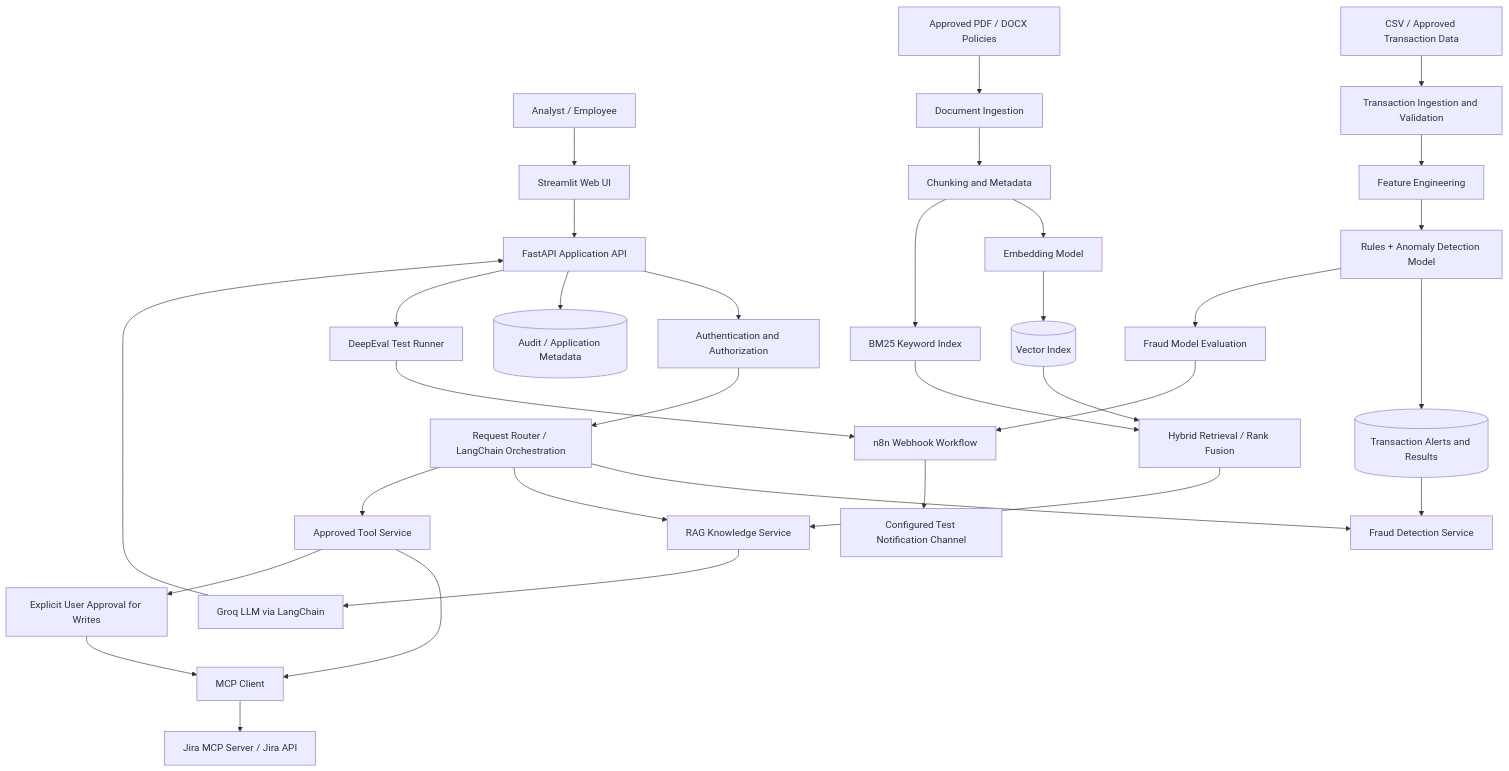
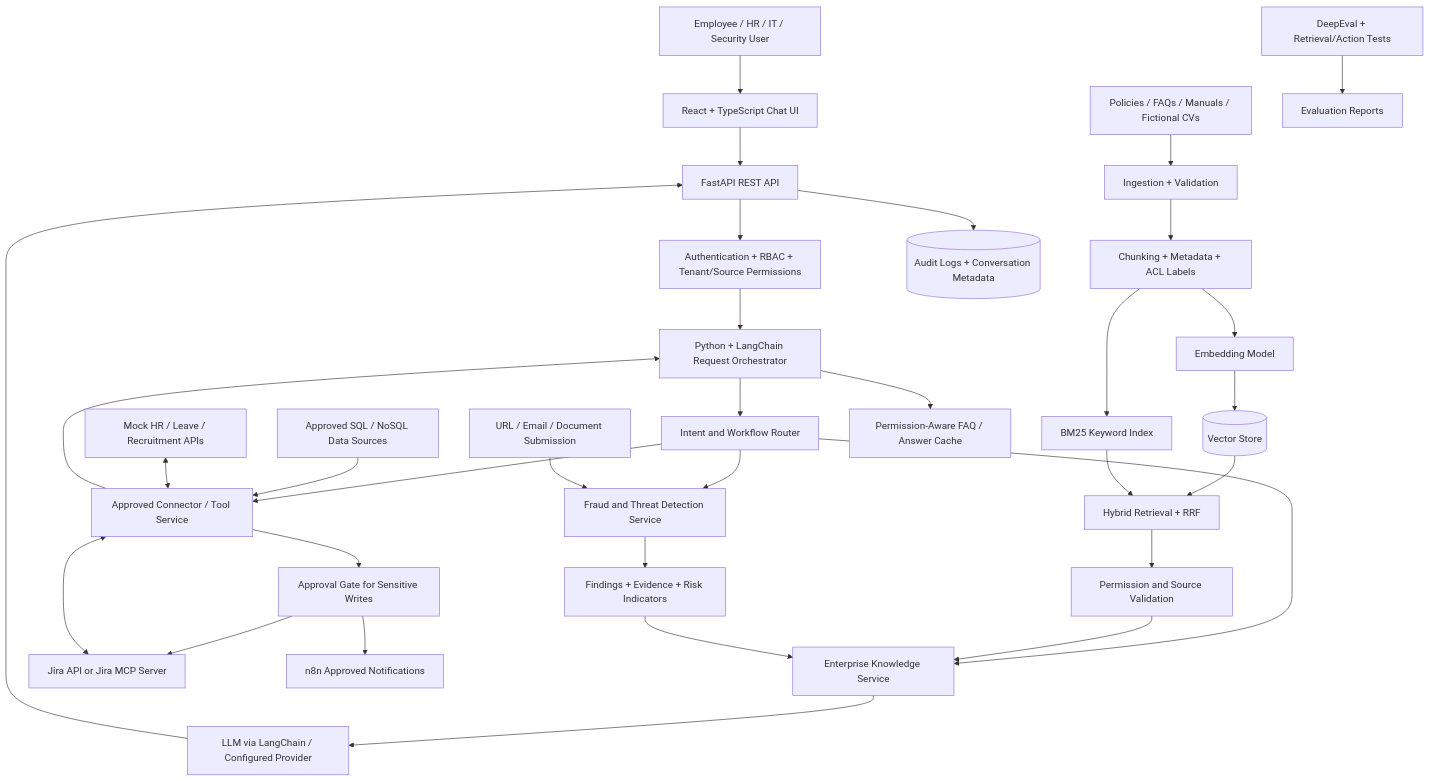
One commit to Indsafri-AI-Engineering/knowledgeops-ai changed the diagram in README.md. Above: the diagram before and after it, drawn with Mermaid. The commit also changed other lines of this file, not shown here.

````diff
--- a/README.md
+++ b/README.md
@@ -73,40 +247,40 @@
-```mermaid
+``` mermaid
 flowchart TD
-    U[Analyst / Employee] --> UI[Streamlit Web UI]
-    UI --> API[FastAPI Application API]
-    API --> AUTH[Authentication and Authorization]
-    AUTH --> ROUTER[Request Router / LangChain Orchestration]
+    USER[Employee / HR / IT / Security User] --> UI[React + TypeScript Chat UI]
+    UI --> API[FastAPI REST API]
+    API --> AUTH[Authentication + RBAC + Tenant/Source Permissions]
+    AUTH --> ORCH[Python + LangChain Request Orchestrator]
 
-    ROUTER --> FRAUD[Fraud Detection Service]
-    ROUTER --> RAG[RAG Knowledge Service]
-    ROUTER --> TOOLS[Approved Tool Service]
+    ORCH --> ROUTER[Intent and Workflow Router]
+    ROUTER --> KNOW[Enterprise Knowledge Service]
+    ROUTER --> CONNECT[Approved Connector / Tool Service]
+    ROUTER --> THREAT[Fraud and Threat Detection Service]
 
-    DATA[CSV / Approved Transaction Data] --> INGEST[Transaction Ingestion and Validation]
-    INGEST --> FEATURES[Feature Engineering]
-    FEATURES --> DETECTOR[Rules + Anomaly Detection Model]
-    DETECTOR --> ALERTS[(Transaction Alerts and Results)]
-    ALERTS --> FRAUD
+    DOCS[Policies / FAQs / Manuals / Fictional CVs] --> INGEST[Ingestion + Validation]
+    INGEST --> CHUNK[Chunking + Metadata + ACL Labels]
+    CHUNK --> EMBED[Embedding Model]
+    CHUNK --> BM25[BM25 Keyword Index]
+    EMBED --> VECTOR[(Vector Store)]
+    VECTOR --> HYBRID[Hybrid Retrieval + RRF]
+    BM25 --> HYBRID
+    HYBRID --> ACL[Permission and Source Validation]
+    ACL --> KNOW
 
-    DOCS[Approved PDF / DOCX Policies] --> DINGEST[Document Ingestion]
-    DINGEST --> CHUNK[Chunking and Metadata]
-    CHUNK --> EMBED[Embedding Model]
-    EMBED --> VSTORE[(Vector Index)]
-    CHUNK --> BM25[BM25 Keyword Index]
-    VSTORE --> RETRIEVE[Hybrid Retrieval / Rank Fusion]
-    BM25 --> RETRIEVE
-    RETRIEVE --> RAG
-    RAG --> LLM[Groq LLM via LangChain]
+    DB[Approved SQL / NoSQL Data Sources] --> CONNECT
+    JIRA[Jira API or Jira MCP Server] <--> CONNECT
+    HR[Mock HR / Leave / Recruitment APIs] <--> CONNECT
+    CONNECT --> ORCH
+
+    URL[URL / Email / Document Submission] --> THREAT
+    THREAT --> EVIDENCE[Findings + Evidence + Risk Indicators]
+    EVIDENCE --> KNOW
+    KNOW --> LLM[LLM via LangChain / Configured Provider]
     LLM --> API
 
-    TOOLS --> MCP[MCP Client]
-    MCP --> JIRA[Jira MCP Server / Jira API]
-    TOOLS --> APPROVAL[Explicit User Approval for Writes]
-    APPROVAL --> MCP
-
-    API --> AUDIT[(Audit / Application Metadata)]
-    API --> EVAL[DeepEval Test Runner]
-    DETECTOR --> FRAUDEVAL[Fraud Model Evaluation]
-    EVAL --> N8N[n8n Webhook Workflow]
-    FRAUDEVAL --> N8N
-    N8N --> NOTIFY[Configured Test Notification Channel]
+    ORCH --> CACHE[Permission-Aware FAQ / Answer Cache]
+    API --> AUDIT[(Audit Logs + Conversation Metadata)]
+    CONNECT --> APPROVAL[Approval Gate for Sensitive Writes]
+    APPROVAL --> JIRA
+    APPROVAL --> N8N[n8n Approved Notifications]
+    EVAL[DeepEval + Retrieval/Action Tests] --> REPORT[Evaluation Reports]
 ```
````
